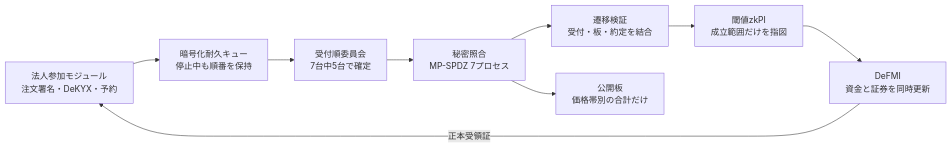
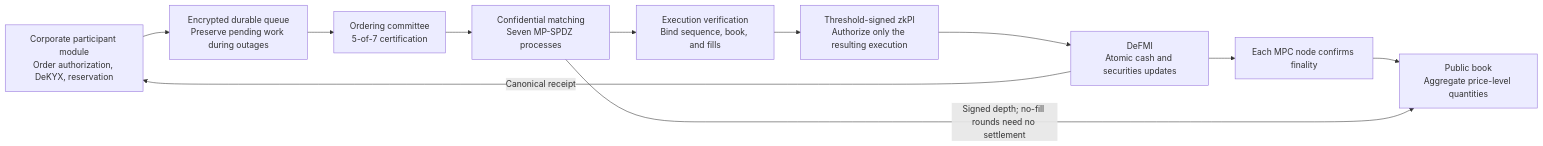
Before and after one commit to zkFMI/oclob: the first of 2 diagrams in README.md, drawn with Mermaid. The commit also changed other lines of this file and 34 other files, not shown here.

Commit message:
Add finalized MPC public depth feed and English README

````diff
--- a/README.md
+++ b/README.md
@@ -38,15 +49,17 @@
 ```mermaid
 flowchart LR
-    CORP["法人参加モジュール\n注文署名・DeKYX・予約"]
-    QUEUE["暗号化耐久キュー\n停止中も順番を保持"]
-    ORDER["受付順委員会\n7台中5台で確定"]
-    MPC["秘密照合\nMP-SPDZ 7プロセス"]
-    PROOF["遷移検証\n受付・板・約定を結合"]
-    ZKPI["閾値zkPI\n成立範囲だけを指図"]
-    DEFMI["DeFMI\n資金と証券を同時更新"]
-    BOOK["公開板\n価格帯別の合計だけ"]
+    CORP["Corporate participant module<br/>Order authorization, DeKYX, reservation"]
+    QUEUE["Encrypted durable queue<br/>Preserve pending work during outages"]
+    ORDER["Ordering committee<br/>5-of-7 certification"]
+    MPC["Confidential matching<br/>Seven MP-SPDZ processes"]
+    PROOF["Execution verification<br/>Bind sequence, book, and fills"]
+    ZKPI["Threshold-signed zkPI<br/>Authorize only the resulting execution"]
+    DEFMI["DeFMI<br/>Atomic cash and securities updates"]
+    FINALITY["Each MPC node confirms finality"]
+    BOOK["Public book<br/>Aggregate price-level quantities"]
 
     CORP --> QUEUE --> ORDER --> MPC --> PROOF --> ZKPI --> DEFMI
-    MPC --> BOOK
-    DEFMI -->|"正本受領証"| CORP
+    DEFMI --> FINALITY --> BOOK
+    MPC -->|"Signed depth; no-fill rounds need no settlement"| BOOK
+    DEFMI -->|"Canonical receipt"| CORP
 ```
````
